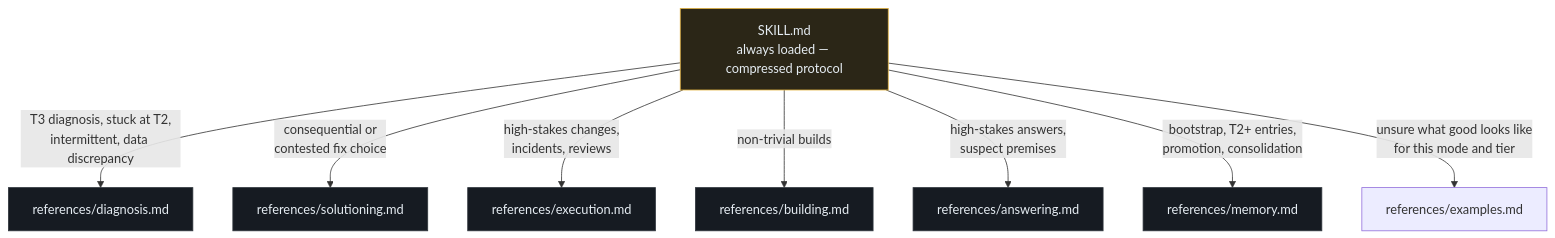
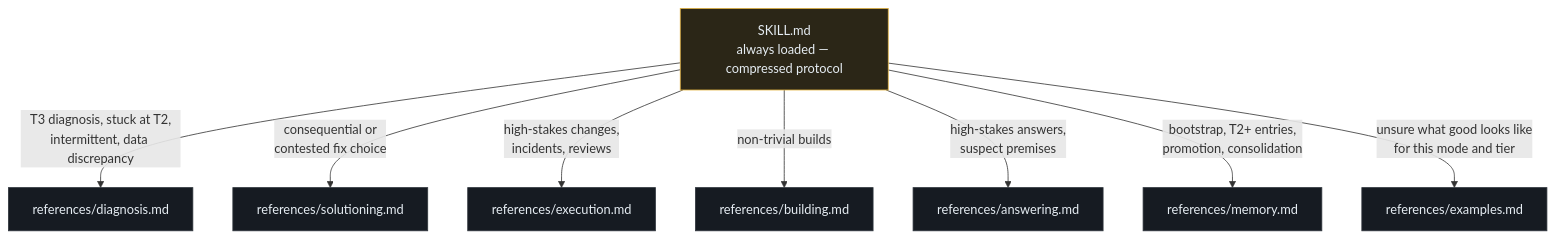
Before and after one commit to victor-alpha-95/fable-method: the first of 3 diagrams in docs/architecture.md, drawn with Mermaid.

Commit message:
Style examples.md node in progressive-disclosure diagram

````diff
--- a/docs/architecture.md
+++ b/docs/architecture.md
@@ -9,18 +9,19 @@
 ```mermaid
 flowchart TD
     S["SKILL.md<br/>always loaded — compressed protocol"]
     S -->|"T3 diagnosis, stuck at T2,<br/>intermittent, data discrepancy"| D["references/diagnosis.md"]
     S -->|"consequential or<br/>contested fix choice"| SO["references/solutioning.md"]
     S -->|"high-stakes changes,<br/>incidents, reviews"| E["references/execution.md"]
     S -->|"non-trivial builds"| B["references/building.md"]
     S -->|"high-stakes answers,<br/>suspect premises"| A["references/answering.md"]
     S -->|"bootstrap, T2+ entries,<br/>promotion, consolidation"| M["references/memory.md"]
     S -->|"unsure what good looks like<br/>for this mode and tier"| X["references/examples.md"]
     style S fill:#2b2617,stroke:#e3b341,color:#e6edf3
     style D fill:#161b22,stroke:#30363d,color:#e6edf3
     style SO fill:#161b22,stroke:#30363d,color:#e6edf3
     style E fill:#161b22,stroke:#30363d,color:#e6edf3
     style B fill:#161b22,stroke:#30363d,color:#e6edf3
     style A fill:#161b22,stroke:#30363d,color:#e6edf3
     style M fill:#161b22,stroke:#30363d,color:#e6edf3
+    style X fill:#161b22,stroke:#30363d,color:#e6edf3
 ```
````
